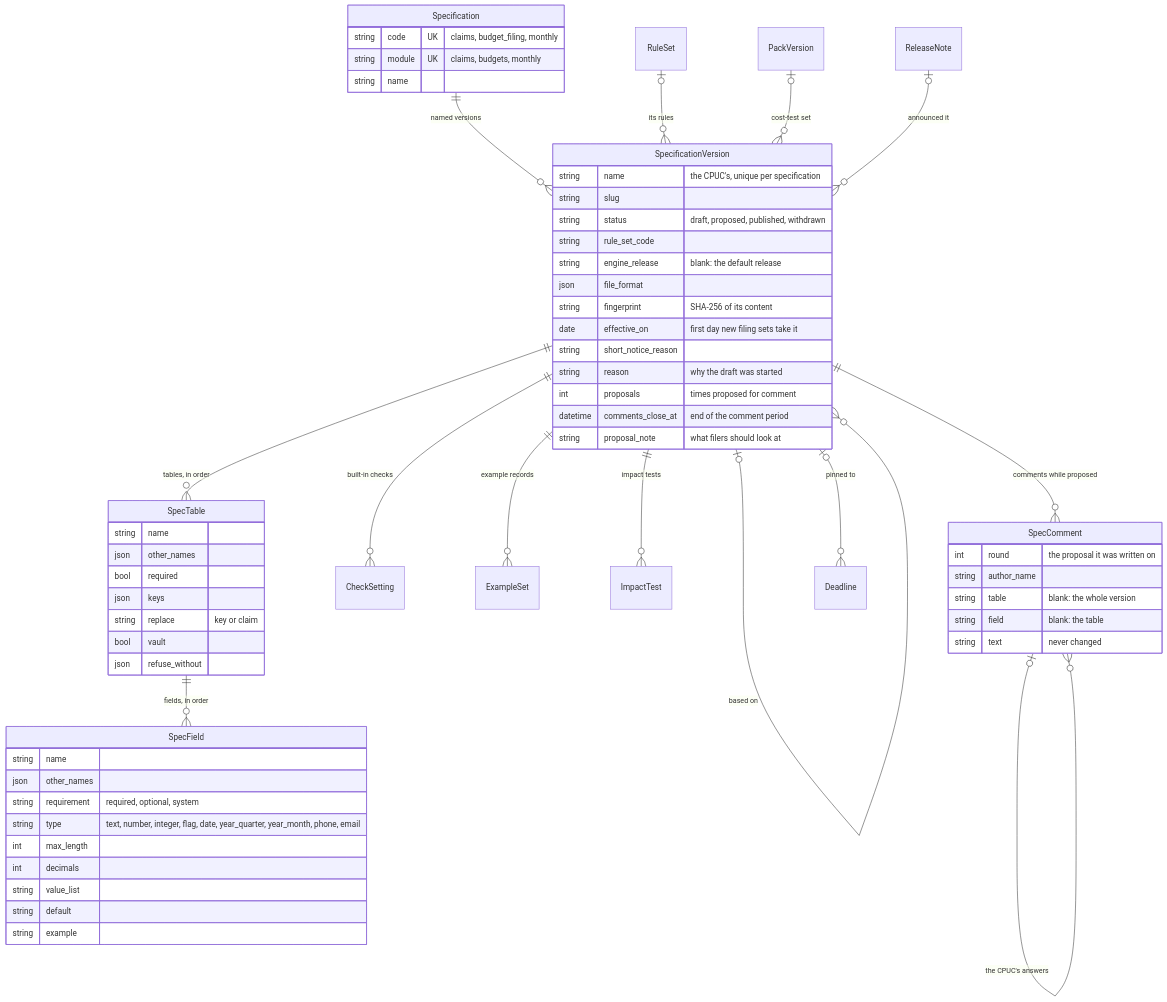
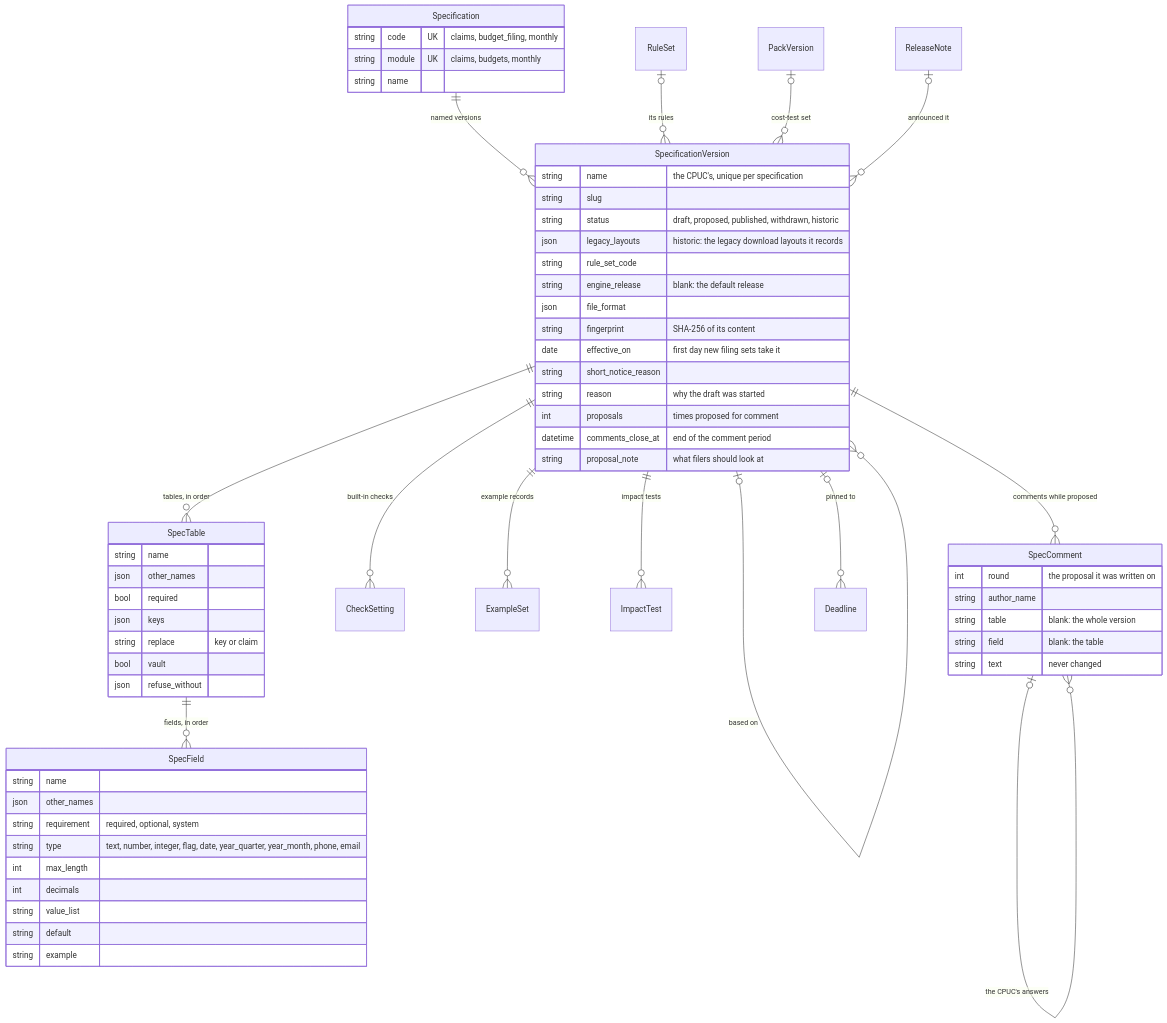
The tenth of 25 diagrams in docs/ARCHITECTURE_AS_BUILT.md (JRichardson-PGE/CEDARS-Platform), drawn with Mermaid before and after one commit. The commit also changed other lines of this file and 25 other files, not shown here.

First line of the commit message:
Filing specifications: legacy CEDARS layouts as historic versions

````diff
--- a/docs/ARCHITECTURE_AS_BUILT.md
+++ b/docs/ARCHITECTURE_AS_BUILT.md
@@ -554,63 +554,64 @@
 ```mermaid
 erDiagram
   Specification ||--o{ SpecificationVersion : "named versions"
   SpecificationVersion |o--o{ SpecificationVersion : "based on"
   SpecificationVersion ||--o{ SpecTable : "tables, in order"
   SpecTable ||--o{ SpecField : "fields, in order"
   SpecificationVersion ||--o{ CheckSetting : "built-in checks"
   SpecificationVersion ||--o{ ExampleSet : "example records"
   SpecificationVersion ||--o{ ImpactTest : "impact tests"
   SpecificationVersion ||--o{ SpecComment : "comments while proposed"
   SpecComment |o--o{ SpecComment : "the CPUC's answers"
   RuleSet |o--o{ SpecificationVersion : "its rules"
   PackVersion |o--o{ SpecificationVersion : "cost-test set"
   SpecificationVersion |o--o{ Deadline : "pinned to"
   ReleaseNote |o--o{ SpecificationVersion : "announced it"
   Specification {
     string code UK "claims, budget_filing, monthly"
     string module UK "claims, budgets, monthly"
     string name
   }
   SpecificationVersion {
     string name "the CPUC's, unique per specification"
     string slug
-    string status "draft, proposed, published, withdrawn"
+    string status "draft, proposed, published, withdrawn, historic"
+    json legacy_layouts "historic: the legacy download layouts it records"
     string rule_set_code
     string engine_release "blank: the default release"
     json file_format
     string fingerprint "SHA-256 of its content"
     date effective_on "first day new filing sets take it"
     string short_notice_reason
     string reason "why the draft was started"
     int proposals "times proposed for comment"
     datetime comments_close_at "end of the comment period"
     string proposal_note "what filers should look at"
   }
   SpecComment {
     int round "the proposal it was written on"
     string author_name
     string table "blank: the whole version"
     string field "blank: the table"
     string text "never changed"
   }
   SpecTable {
     string name
     json other_names
     bool required
     json keys
     string replace "key or claim"
     bool vault
     json refuse_without
   }
   SpecField {
     string name
     json other_names
     string requirement "required, optional, system"
     string type "text, number, integer, flag, date, year_quarter, year_month, phone, email"
     int max_length
     int decimals
     string value_list
     string default
     string example
   }
 ```
````
